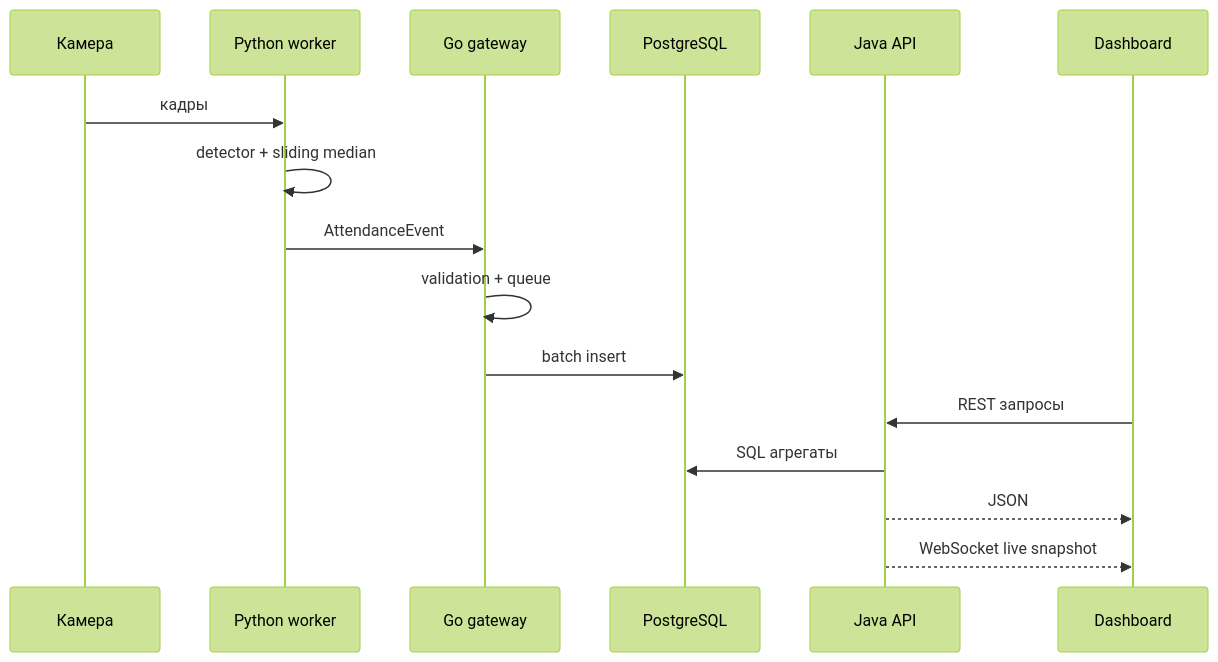
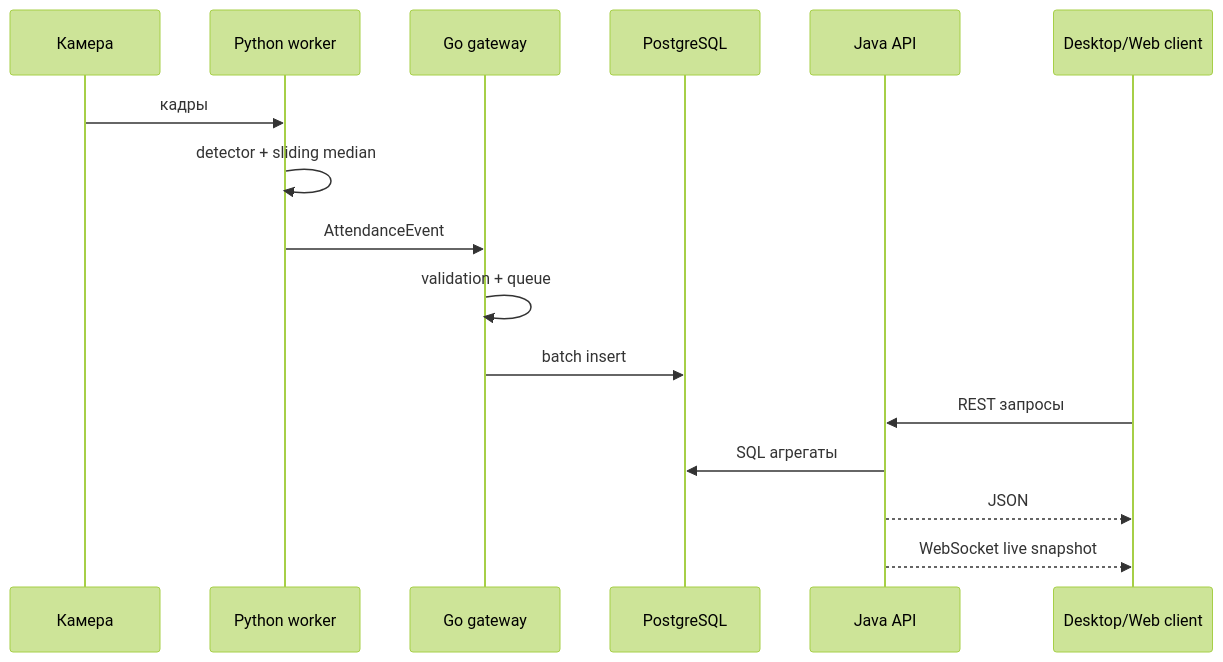
The diagram in docs/architecture.md (fakedesyncc/AudienceFlow), drawn with Mermaid (forest theme) before and after one commit. The commit also changed other lines of this file and 24 other files, not shown here.

Commit message:
feat(desktop): add native JavaFX monitoring client (#6)

````diff
--- a/docs/architecture.md
+++ b/docs/architecture.md
@@ -17,19 +18,19 @@
 ```mermaid
 sequenceDiagram
     participant C as Камера
     participant W as Python worker
     participant G as Go gateway
     participant P as PostgreSQL
     participant A as Java API
-    participant D as Dashboard
+    participant D as Desktop/Web client
 
     C->>W: кадры
     W->>W: detector + sliding median
     W->>G: AttendanceEvent
     G->>G: validation + queue
     G->>P: batch insert
     D->>A: REST запросы
     A->>P: SQL агрегаты
     A-->>D: JSON
     A-->>D: WebSocket live snapshot
 ```
````
